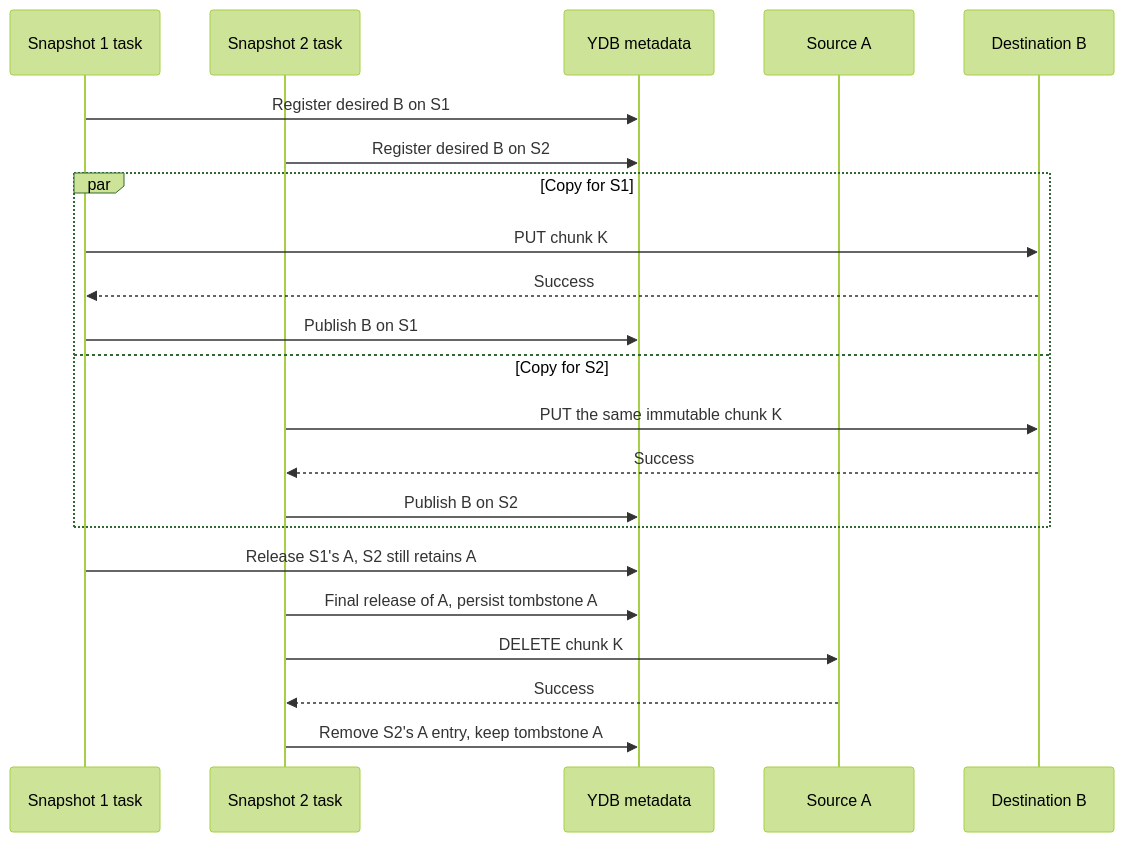
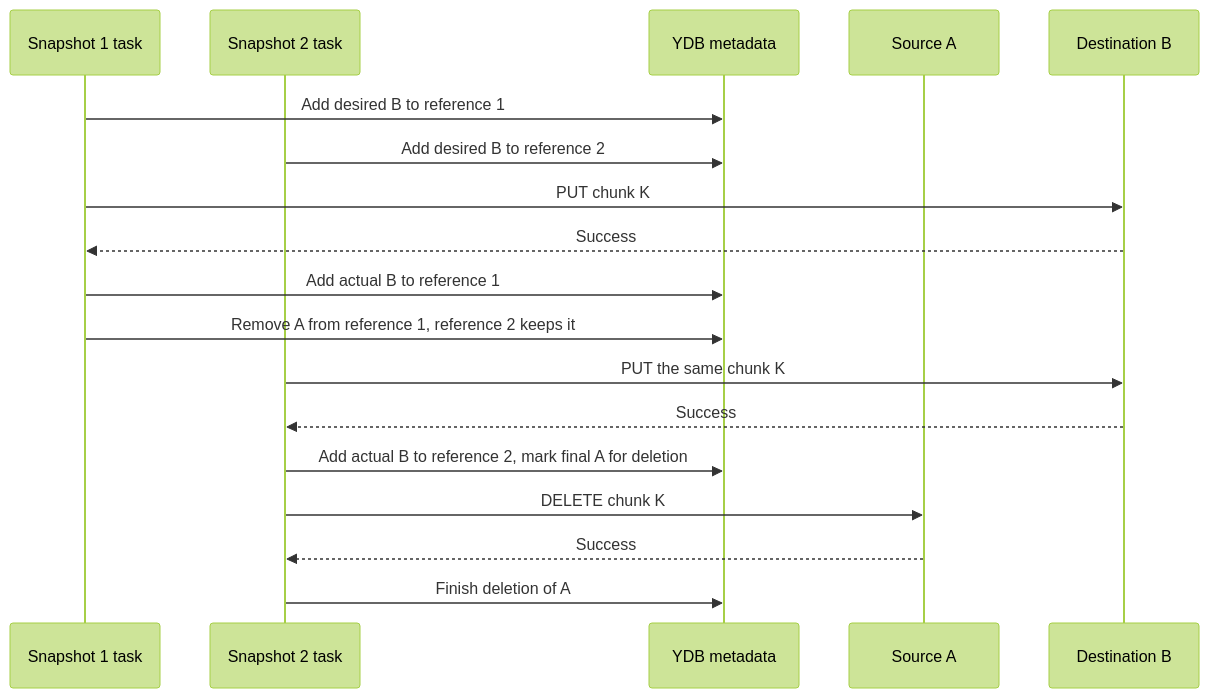
Before and after one commit to ydb-platform/nbs: the fifth of 10 diagrams in doc/disk_manager/chunk_storage/design_doc.md, drawn with Mermaid (forest theme). The commit also changed other lines of this file, not shown here.

````diff
--- a/doc/disk_manager/chunk_storage/design_doc.md
+++ b/doc/disk_manager/chunk_storage/design_doc.md
@@ -234,24 +209,20 @@
 ```mermaid
 sequenceDiagram
     participant S1 as Snapshot 1 task
     participant S2 as Snapshot 2 task
     participant DB as YDB metadata
     participant A as Source A
     participant B as Destination B
-    S1->>DB: Register desired B on S1
-    S2->>DB: Register desired B on S2
-    par Copy for S1
-        S1->>B: PUT chunk K
-        B-->>S1: Success
-        S1->>DB: Publish B on S1
-    and Copy for S2
-        S2->>B: PUT the same immutable chunk K
-        B-->>S2: Success
-        S2->>DB: Publish B on S2
-    end
-    S1->>DB: Release S1's A, S2 still retains A
-    S2->>DB: Final release of A, persist tombstone A
+    S1->>DB: Add desired B to reference 1
+    S2->>DB: Add desired B to reference 2
+    S1->>B: PUT chunk K
+    B-->>S1: Success
+    S1->>DB: Add actual B to reference 1
+    S1->>DB: Remove A from reference 1, reference 2 keeps it
+    S2->>B: PUT the same chunk K
+    B-->>S2: Success
+    S2->>DB: Add actual B to reference 2, mark final A for deletion
     S2->>A: DELETE chunk K
     A-->>S2: Success
-    S2->>DB: Remove S2's A entry, keep tombstone A
+    S2->>DB: Finish deletion of A
 ```
````
